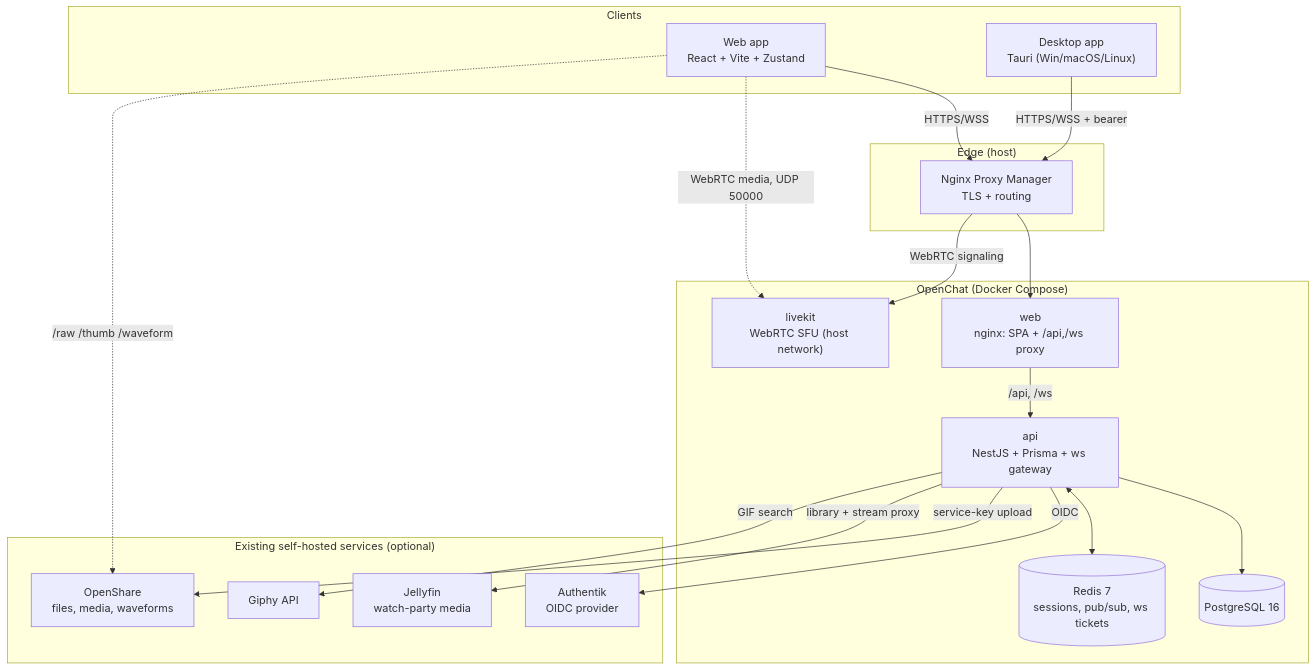
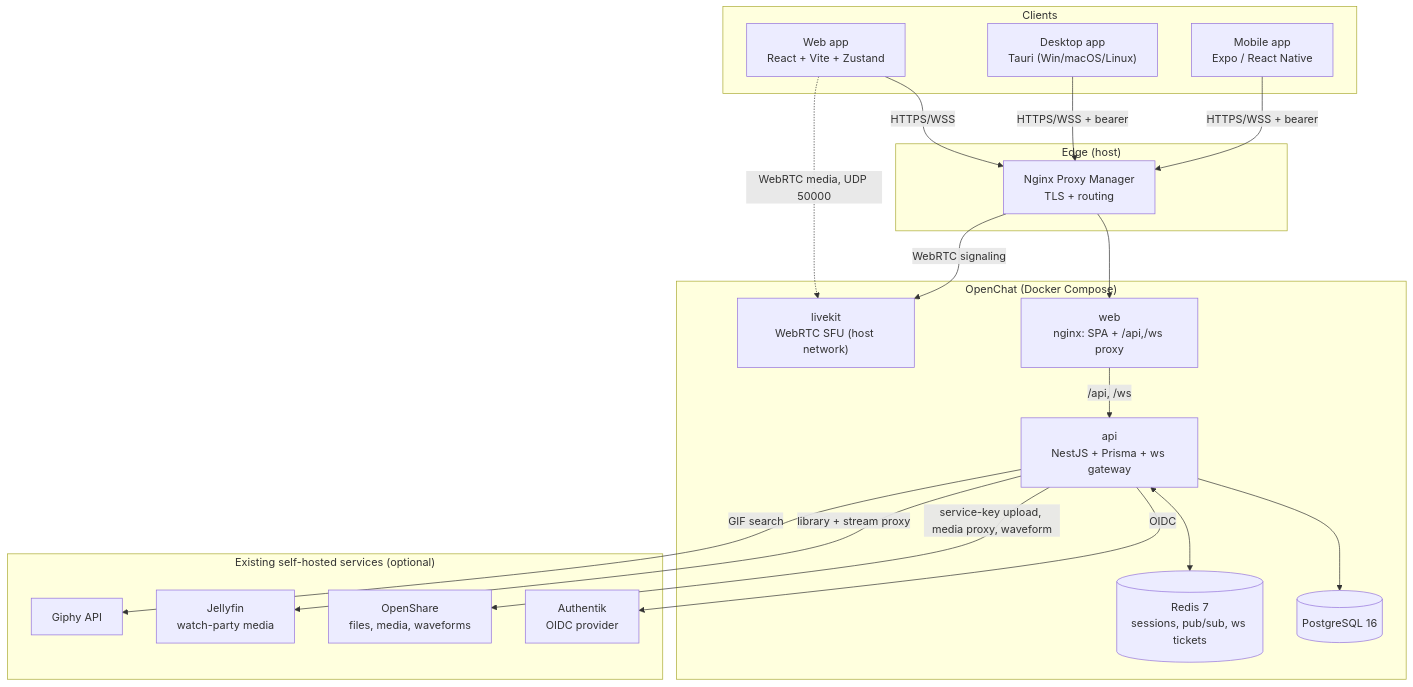
The first of 3 diagrams in docs/ARCHITECTURE.md (MinionEnjoyer/OpenChat), drawn with Mermaid before and after one commit. The commit also changed other lines of this file and 14 other files, not shown here.

````diff
--- a/docs/ARCHITECTURE.md
+++ b/docs/ARCHITECTURE.md
@@ -63,36 +63,37 @@
 ```mermaid
 graph TB
     subgraph Clients ["Clients"]
         Web["Web app<br/>React + Vite + Zustand"]
         Desktop["Desktop app<br/>Tauri (Win/macOS/Linux)"]
+        Mobile["Mobile app<br/>Expo / React Native"]
     end
     subgraph Edge ["Edge (host)"]
         NPM["Nginx Proxy Manager<br/>TLS + routing"]
     end
     subgraph Stack ["OpenChat (Docker Compose)"]
         WebC["web<br/>nginx: SPA + /api,/ws proxy"]
         API["api<br/>NestJS + Prisma + ws gateway"]
         PG[("PostgreSQL 16")]
         Redis[("Redis 7<br/>sessions, pub/sub, ws tickets")]
         LK["livekit<br/>WebRTC SFU (host network)"]
     end
     subgraph External ["Existing self-hosted services (optional)"]
         Auth["Authentik<br/>OIDC provider"]
         Share["OpenShare<br/>files, media, waveforms"]
         Jelly["Jellyfin<br/>watch-party media"]
         Giphy["Giphy API"]
     end
     Web -->|HTTPS/WSS| NPM
     Desktop -->|HTTPS/WSS + bearer| NPM
+    Mobile -->|HTTPS/WSS + bearer| NPM
     NPM --> WebC
     WebC -->|/api, /ws| API
     NPM -->|WebRTC signaling| LK
     Web -.->|WebRTC media, UDP 50000| LK
     API --> PG
     API <--> Redis
     API -->|OIDC| Auth
-    API -->|service-key upload| Share
-    Web -.->|/raw /thumb /waveform| Share
+    API -->|service-key upload, media proxy, waveform| Share
     API -->|library + stream proxy| Jelly
     API -->|GIF search| Giphy
 ```
````
